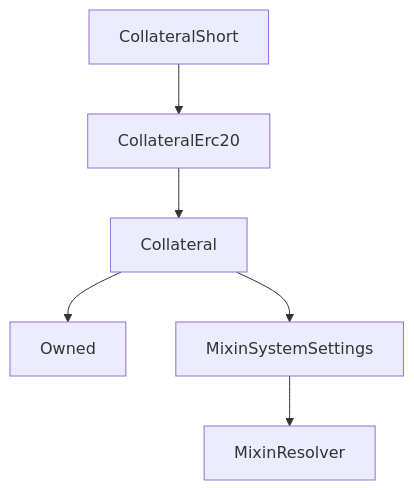
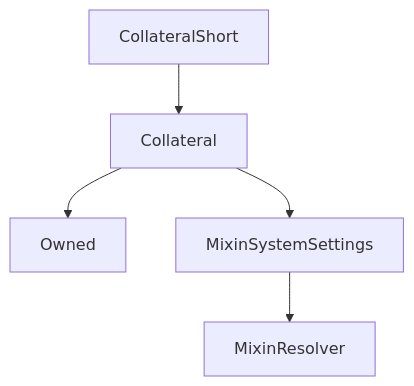
One commit to Synthetixio/synthetix-docs changed the diagram in content/contracts/source/contracts/CollateralShort.md. Above: the diagram before and after it, drawn with Mermaid. The commit also changed other lines of this file and 121 other files, not shown here.

````diff
--- a/content/contracts/source/contracts/CollateralShort.md
+++ b/content/contracts/source/contracts/CollateralShort.md
@@ -11,9 +11,8 @@
 ```mermaid
 graph TD
-    CollateralShort[CollateralShort] --> CollateralErc20[CollateralErc20]
-    CollateralErc20[CollateralErc20] --> Collateral[Collateral]
+    CollateralShort[CollateralShort] --> Collateral[Collateral]
     Collateral[Collateral] --> Owned[Owned]
     Collateral[Collateral] --> MixinSystemSettings[MixinSystemSettings]
     MixinSystemSettings[MixinSystemSettings] --> MixinResolver[MixinResolver]
 
 ```
````
